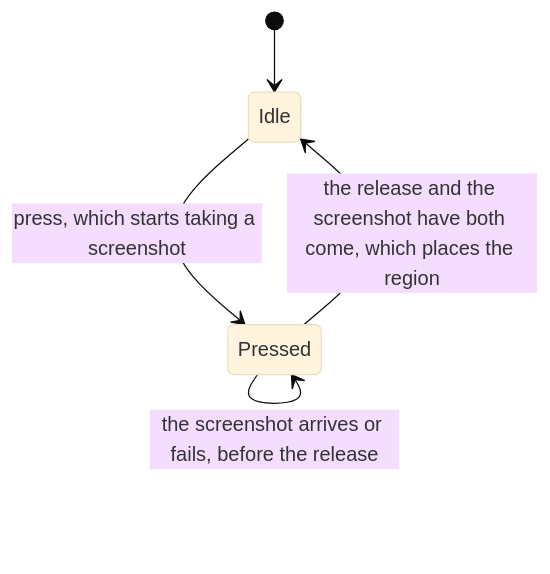
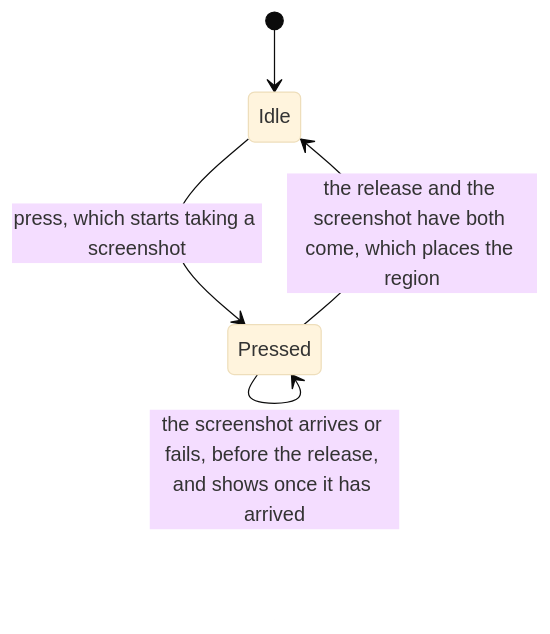
One commit to TheLunchTrae/appy-tappy changed diagram 25 of 38 in wiki/State-machines.md. Above: the diagram before and after it, drawn with Mermaid (base theme). The commit also changed other lines of this file and 4 other files, not shown here.

````diff
--- a/wiki/State-machines.md
+++ b/wiki/State-machines.md
@@ -1523,9 +1529,9 @@
 ```mermaid
 stateDiagram-v2
     [*] --> Idle
     Idle --> Pressed: press, which starts taking a screenshot
     Pressed --> Pressed: the drag draws a box
     Pressed --> Pressed: release, while the screenshot is still being taken
-    Pressed --> Pressed: the screenshot arrives or fails, before the release
+    Pressed --> Pressed: the screenshot arrives or fails, before the release, and shows once it has arrived
     Pressed --> Idle: the release and the screenshot have both come, which places the region
 ```
````
